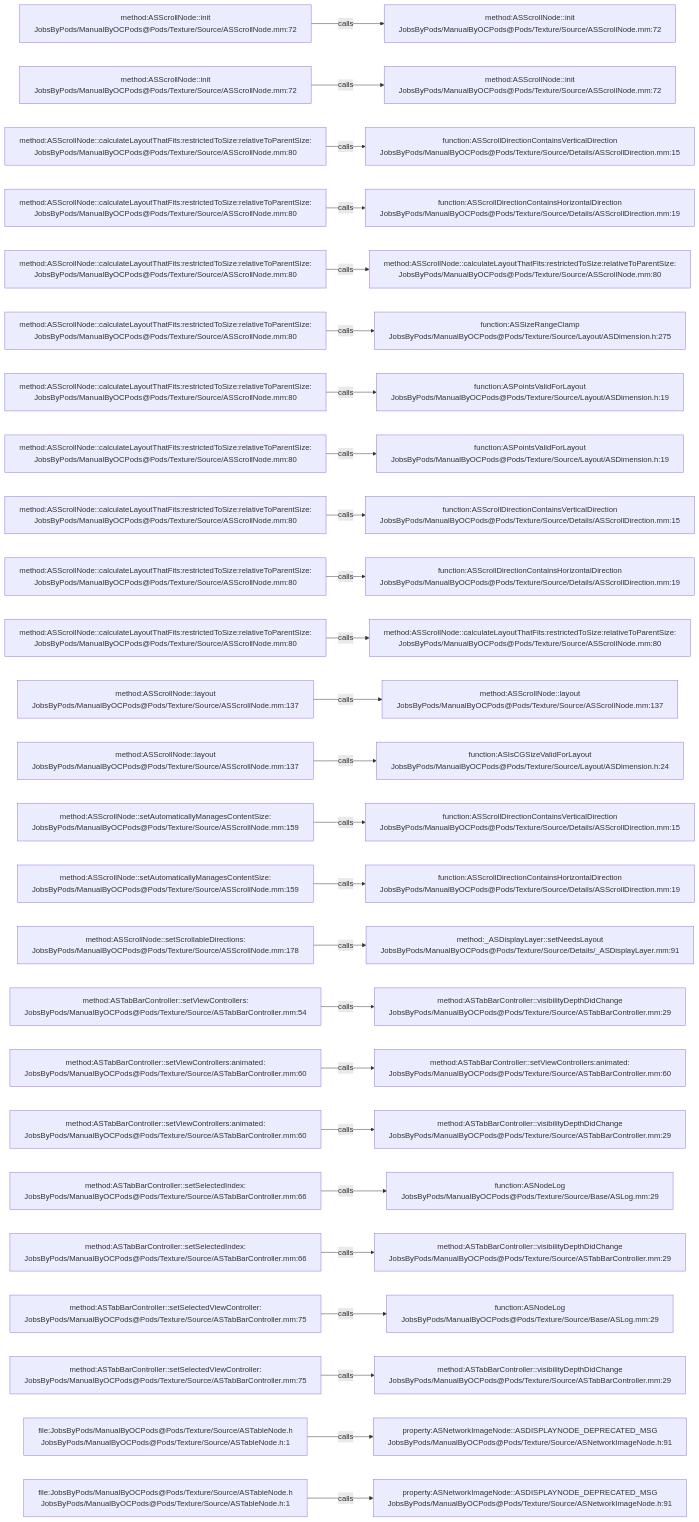
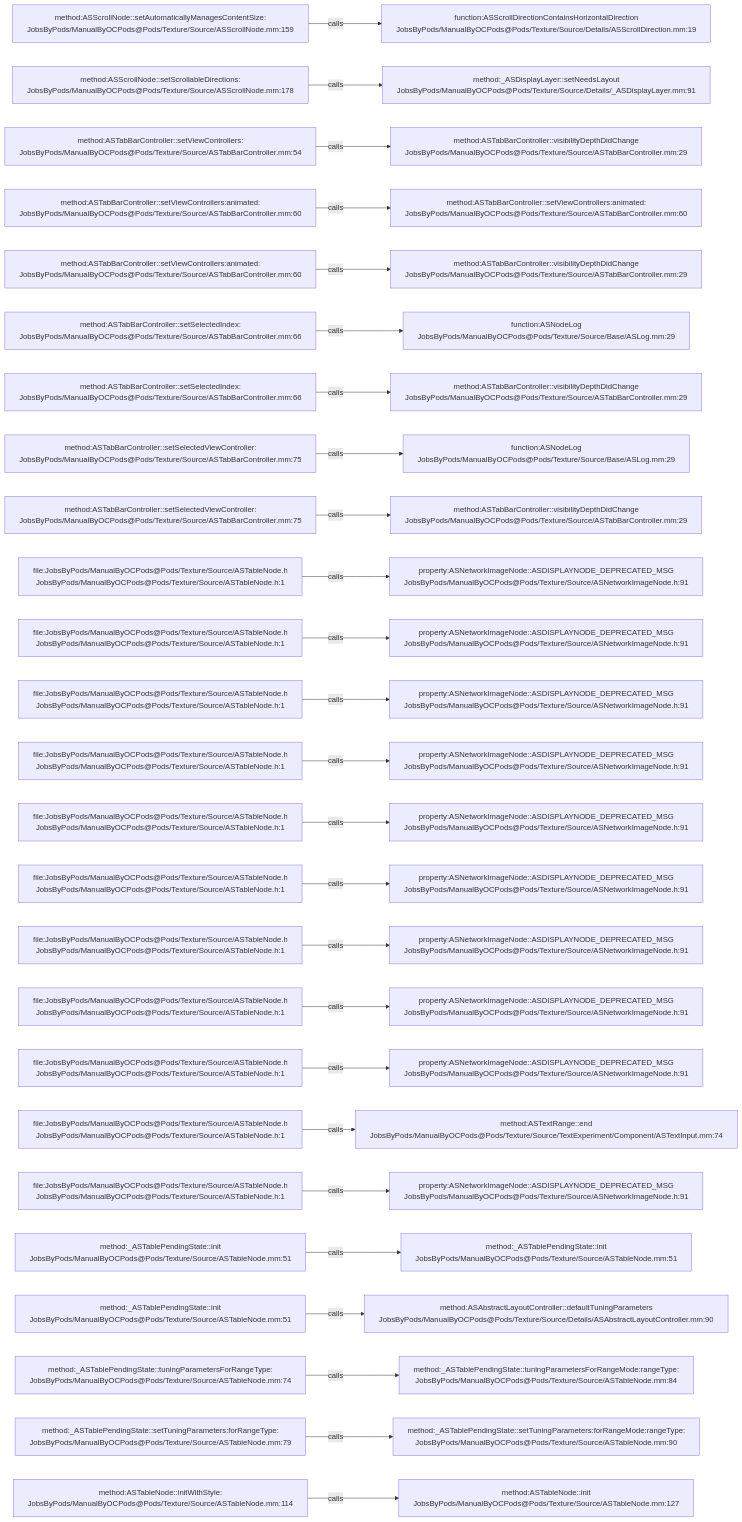
The diagram in .codegraph/codegraph.md/graphs/calls-123.md (JobsKits/JobsOCBaseConfigDemo), drawn with Mermaid before and after one commit. The commit also changed 296 other files, not shown here.

````diff
--- a/.codegraph/codegraph.md/graphs/calls-123.md
+++ b/.codegraph/codegraph.md/graphs/calls-123.md
@@ -13,78 +13,78 @@
 ```mermaid
 flowchart LR
-  S1["method:ASScrollNode::init<br/>JobsByPods/ManualByOCPods@Pods/Texture/Source/ASScrollNode.mm:72"]
-  T1["method:ASScrollNode::init<br/>JobsByPods/ManualByOCPods@Pods/Texture/Source/ASScrollNode.mm:72"]
+  S1["method:ASScrollNode::setAutomaticallyManagesContentSize:<br/>JobsByPods/ManualByOCPods@Pods/Texture/Source/ASScrollNode.mm:159"]
+  T1["function:ASScrollDirectionContainsHorizontalDirection<br/>JobsByPods/ManualByOCPods@Pods/Texture/Source/Details/ASScrollDirection.mm:19"]
   S1 -->|calls| T1
-  S2["method:ASScrollNode::init<br/>JobsByPods/ManualByOCPods@Pods/Texture/Source/ASScrollNode.mm:72"]
-  T2["method:ASScrollNode::init<br/>JobsByPods/ManualByOCPods@Pods/Texture/Source/ASScrollNode.mm:72"]
+  S2["method:ASScrollNode::setScrollableDirections:<br/>JobsByPods/ManualByOCPods@Pods/Texture/Source/ASScrollNode.mm:178"]
+  T2["method:_ASDisplayLayer::setNeedsLayout<br/>JobsByPods/ManualByOCPods@Pods/Texture/Source/Details/_ASDisplayLayer.mm:91"]
   S2 -->|calls| T2
-  S3["method:ASScrollNode::calculateLayoutThatFits:restrictedToSize:relativeToParentSize:<br/>JobsByPods/ManualByOCPods@Pods/Texture/Source/ASScrollNode.mm:80"]
-  T3["function:ASScrollDirectionContainsVerticalDirection<br/>JobsByPods/ManualByOCPods@Pods/Texture/Source/Details/ASScrollDirection.mm:15"]
+  S3["method:ASTabBarController::setViewControllers:<br/>JobsByPods/ManualByOCPods@Pods/Texture/Source/ASTabBarController.mm:54"]
+  T3["method:ASTabBarController::visibilityDepthDidChange<br/>JobsByPods/ManualByOCPods@Pods/Texture/Source/ASTabBarController.mm:29"]
   S3 -->|calls| T3
-  S4["method:ASScrollNode::calculateLayoutThatFits:restrictedToSize:relativeToParentSize:<br/>JobsByPods/ManualByOCPods@Pods/Texture/Source/ASScrollNode.mm:80"]
-  T4["function:ASScrollDirectionContainsHorizontalDirection<br/>JobsByPods/ManualByOCPods@Pods/Texture/Source/Details/ASScrollDirection.mm:19"]
+  S4["method:ASTabBarController::setViewControllers:animated:<br/>JobsByPods/ManualByOCPods@Pods/Texture/Source/ASTabBarController.mm:60"]
+  T4["method:ASTabBarController::setViewControllers:animated:<br/>JobsByPods/ManualByOCPods@Pods/Texture/Source/ASTabBarController.mm:60"]
   S4 -->|calls| T4
-  S5["method:ASScrollNode::calculateLayoutThatFits:restrictedToSize:relativeToParentSize:<br/>JobsByPods/ManualByOCPods@Pods/Texture/Source/ASScrollNode.mm:80"]
-  T5["method:ASScrollNode::calculateLayoutThatFits:restrictedToSize:relativeToParentSize:<br/>JobsByPods/ManualByOCPods@Pods/Texture/Source/ASScrollNode.mm:80"]
+  S5["method:ASTabBarController::setViewControllers:animated:<br/>JobsByPods/ManualByOCPods@Pods/Texture/Source/ASTabBarController.mm:60"]
+  T5["method:ASTabBarController::visibilityDepthDidChange<br/>JobsByPods/ManualByOCPods@Pods/Texture/Source/ASTabBarController.mm:29"]
   S5 -->|calls| T5
-  S6["method:ASScrollNode::calculateLayoutThatFits:restrictedToSize:relativeToParentSize:<br/>JobsByPods/ManualByOCPods@Pods/Texture/Source/ASScrollNode.mm:80"]
-  T6["function:ASSizeRangeClamp<br/>JobsByPods/ManualByOCPods@Pods/Texture/Source/Layout/ASDimension.h:275"]
+  S6["method:ASTabBarController::setSelectedIndex:<br/>JobsByPods/ManualByOCPods@Pods/Texture/Source/ASTabBarController.mm:66"]
+  T6["function:ASNodeLog<br/>JobsByPods/ManualByOCPods@Pods/Texture/Source/Base/ASLog.mm:29"]
   S6 -->|calls| T6
-  S7["method:ASScrollNode::calculateLayoutThatFits:restrictedToSize:relativeToParentSize:<br/>JobsByPods/ManualByOCPods@Pods/Texture/Source/ASScrollNode.mm:80"]
-  T7["function:ASPointsValidForLayout<br/>JobsByPods/ManualByOCPods@Pods/Texture/Source/Layout/ASDimension.h:19"]
+  S7["method:ASTabBarController::setSelectedIndex:<br/>JobsByPods/ManualByOCPods@Pods/Texture/Source/ASTabBarController.mm:66"]
+  T7["method:ASTabBarController::visibilityDepthDidChange<br/>JobsByPods/ManualByOCPods@Pods/Texture/Source/ASTabBarController.mm:29"]
   S7 -->|calls| T7
-  S8["method:ASScrollNode::calculateLayoutThatFits:restrictedToSize:relativeToParentSize:<br/>JobsByPods/ManualByOCPods@Pods/Texture/Source/ASScrollNode.mm:80"]
-  T8["function:ASPointsValidForLayout<br/>JobsByPods/ManualByOCPods@Pods/Texture/Source/Layout/ASDimension.h:19"]
+  S8["method:ASTabBarController::setSelectedViewController:<br/>JobsByPods/ManualByOCPods@Pods/Texture/Source/ASTabBarController.mm:75"]
+  T8["function:ASNodeLog<br/>JobsByPods/ManualByOCPods@Pods/Texture/Source/Base/ASLog.mm:29"]
   S8 -->|calls| T8
-  S9["method:ASScrollNode::calculateLayoutThatFits:restrictedToSize:relativeToParentSize:<br/>JobsByPods/ManualByOCPods@Pods/Texture/Source/ASScrollNode.mm:80"]
-  T9["function:ASScrollDirectionContainsVerticalDirection<br/>JobsByPods/ManualByOCPods@Pods/Texture/Source/Details/ASScrollDirection.mm:15"]
+  S9["method:ASTabBarController::setSelectedViewController:<br/>JobsByPods/ManualByOCPods@Pods/Texture/Source/ASTabBarController.mm:75"]
+  T9["method:ASTabBarController::visibilityDepthDidChange<br/>JobsByPods/ManualByOCPods@Pods/Texture/Source/ASTabBarController.mm:29"]
   S9 -->|calls| T9
-  S10["method:ASScrollNode::calculateLayoutThatFits:restrictedToSize:relativeToParentSize:<br/>JobsByPods/ManualByOCPods@Pods/Texture/Source/ASScrollNode.mm:80"]
-  T10["function:ASScrollDirectionContainsHorizontalDirection<br/>JobsByPods/ManualByOCPods@Pods/Texture/Source/Details/ASScrollDirection.mm:19"]
+  S10["file:JobsByPods/ManualByOCPods@Pods/Texture/Source/ASTableNode.h<br/>JobsByPods/ManualByOCPods@Pods/Texture/Source/ASTableNode.h:1"]
+  T10["property:ASNetworkImageNode::ASDISPLAYNODE_DEPRECATED_MSG<br/>JobsByPods/ManualByOCPods@Pods/Texture/Source/ASNetworkImageNode.h:91"]
   S10 -->|calls| T10
-  S11["method:ASScrollNode::calculateLayoutThatFits:restrictedToSize:relativeToParentSize:<br/>JobsByPods/ManualByOCPods@Pods/Texture/Source/ASScrollNode.mm:80"]
-  T11["method:ASScrollNode::calculateLayoutThatFits:restrictedToSize:relativeToParentSize:<br/>JobsByPods/ManualByOCPods@Pods/Texture/Source/ASScrollNode.mm:80"]
+  S11["file:JobsByPods/ManualByOCPods@Pods/Texture/Source/ASTableNode.h<br/>JobsByPods/ManualByOCPods@Pods/Texture/Source/ASTableNode.h:1"]
+  T11["property:ASNetworkImageNode::ASDISPLAYNODE_DEPRECATED_MSG<br/>JobsByPods/ManualByOCPods@Pods/Texture/Source/ASNetworkImageNode.h:91"]
   S11 -->|calls| T11
-  S12["method:ASScrollNode::layout<br/>JobsByPods/ManualByOCPods@Pods/Texture/Source/ASScrollNode.mm:137"]
-  T12["method:ASScrollNode::layout<br/>JobsByPods/ManualByOCPods@Pods/Texture/Source/ASScrollNode.mm:137"]
+  S12["file:JobsByPods/ManualByOCPods@Pods/Texture/Source/ASTableNode.h<br/>JobsByPods/ManualByOCPods@Pods/Texture/Source/ASTableNode.h:1"]
+  T12["property:ASNetworkImageNode::ASDISPLAYNODE_DEPRECATED_MSG<br/>JobsByPods/ManualByOCPods@Pods/Texture/Source/ASNetworkImageNode.h:91"]
   S12 -->|calls| T12
-  S13["method:ASScrollNode::layout<br/>JobsByPods/ManualByOCPods@Pods/Texture/Source/ASScrollNode.mm:137"]
-  T13["function:ASIsCGSizeValidForLayout<br/>JobsByPods/ManualByOCPods@Pods/Texture/Source/Layout/ASDimension.h:24"]
+  S13["file:JobsByPods/ManualByOCPods@Pods/Texture/Source/ASTableNode.h<br/>JobsByPods/ManualByOCPods@Pods/Texture/Source/ASTableNode.h:1"]
+  T13["property:ASNetworkImageNode::ASDISPLAYNODE_DEPRECATED_MSG<br/>JobsByPods/ManualByOCPods@Pods/Texture/Source/ASNetworkImageNode.h:91"]
   S13 -->|calls| T13
-  S14["method:ASScrollNode::setAutomaticallyManagesContentSize:<br/>JobsByPods/ManualByOCPods@Pods/Texture/Source/ASScrollNode.mm:159"]
-  T14["function:ASScrollDirectionContainsVerticalDirection<br/>JobsByPods/ManualByOCPods@Pods/Texture/Source/Details/ASScrollDirection.mm:15"]
+  S14["file:JobsByPods/ManualByOCPods@Pods/Texture/Source/ASTableNode.h<br/>JobsByPods/ManualByOCPods@Pods/Texture/Source/ASTableNode.h:1"]
+  T14["property:ASNetworkImageNode::ASDISPLAYNODE_DEPRECATED_MSG<br/>JobsByPods/ManualByOCPods@Pods/Texture/Source/ASNetworkImageNode.h:91"]
   S14 -->|calls| T14
-  S15["method:ASScrollNode::setAutomaticallyManagesContentSize:<br/>JobsByPods/ManualByOCPods@Pods/Texture/Source/ASScrollNode.mm:159"]
-  T15["function:ASScrollDirectionContainsHorizontalDirection<br/>JobsByPods/ManualByOCPods@Pods/Texture/Source/Details/ASScrollDirection.mm:19"]
+  S15["file:JobsByPods/ManualByOCPods@Pods/Texture/Source/ASTableNode.h<br/>JobsByPods/ManualByOCPods@Pods/Texture/Source/ASTableNode.h:1"]
+  T15["property:ASNetworkImageNode::ASDISPLAYNODE_DEPRECATED_MSG<br/>JobsByPods/ManualByOCPods@Pods/Texture/Source/ASNetworkImageNode.h:91"]
   S15 -->|calls| T15
-  S16["method:ASScrollNode::setScrollableDirections:<br/>JobsByPods/ManualByOCPods@Pods/Texture/Source/ASScrollNode.mm:178"]
-  T16["method:_ASDisplayLayer::setNeedsLayout<br/>JobsByPods/ManualByOCPods@Pods/Texture/Source/Details/_ASDisplayLayer.mm:91"]
+  S16["file:JobsByPods/ManualByOCPods@Pods/Texture/Source/ASTableNode.h<br/>JobsByPods/ManualByOCPods@Pods/Texture/Source/ASTableNode.h:1"]
+  T16["property:ASNetworkImageNode::ASDISPLAYNODE_DEPRECATED_MSG<br/>JobsByPods/ManualByOCPods@Pods/Texture/Source/ASNetworkImageNode.h:91"]
   S16 -->|calls| T16
-  S17["method:ASTabBarController::setViewControllers:<br/>JobsByPods/ManualByOCPods@Pods/Texture/Source/ASTabBarController.mm:54"]
-  T17["method:ASTabBarController::visibilityDepthDidChange<br/>JobsByPods/ManualByOCPods@Pods/Texture/Source/ASTabBarController.mm:29"]
+  S17["file:JobsByPods/ManualByOCPods@Pods/Texture/Source/ASTableNode.h<br/>JobsByPods/ManualByOCPods@Pods/Texture/Source/ASTableNode.h:1"]
+  T17["property:ASNetworkImageNode::ASDISPLAYNODE_DEPRECATED_MSG<br/>JobsByPods/ManualByOCPods@Pods/Texture/Source/ASNetworkImageNode.h:91"]
   S17 -->|calls| T17
-  S18["method:ASTabBarController::setViewControllers:animated:<br/>JobsByPods/ManualByOCPods@Pods/Texture/Source/ASTabBarController.mm:60"]
-  T18["method:ASTabBarController::setViewControllers:animated:<br/>JobsByPods/ManualByOCPods@Pods/Texture/Source/ASTabBarController.mm:60"]
+  S18["file:JobsByPods/ManualByOCPods@Pods/Texture/Source/ASTableNode.h<br/>JobsByPods/ManualByOCPods@Pods/Texture/Source/ASTableNode.h:1"]
+  T18["property:ASNetworkImageNode::ASDISPLAYNODE_DEPRECATED_MSG<br/>JobsByPods/ManualByOCPods@Pods/Texture/Source/ASNetworkImageNode.h:91"]
   S18 -->|calls| T18
-  S19["method:ASTabBarController::setViewControllers:animated:<br/>JobsByPods/ManualByOCPods@Pods/Texture/Source/ASTabBarController.mm:60"]
-  T19["method:ASTabBarController::visibilityDepthDidChange<br/>JobsByPods/ManualByOCPods@Pods/Texture/Source/ASTabBarController.mm:29"]
+  S19["file:JobsByPods/ManualByOCPods@Pods/Texture/Source/ASTableNode.h<br/>JobsByPods/ManualByOCPods@Pods/Texture/Source/ASTableNode.h:1"]
+  T19["method:ASTextRange::end<br/>JobsByPods/ManualByOCPods@Pods/Texture/Source/TextExperiment/Component/ASTextInput.mm:74"]
   S19 -->|calls| T19
-  S20["method:ASTabBarController::setSelectedIndex:<br/>JobsByPods/ManualByOCPods@Pods/Texture/Source/ASTabBarController.mm:66"]
-  T20["function:ASNodeLog<br/>JobsByPods/ManualByOCPods@Pods/Texture/Source/Base/ASLog.mm:29"]
+  S20["file:JobsByPods/ManualByOCPods@Pods/Texture/Source/ASTableNode.h<br/>JobsByPods/ManualByOCPods@Pods/Texture/Source/ASTableNode.h:1"]
+  T20["property:ASNetworkImageNode::ASDISPLAYNODE_DEPRECATED_MSG<br/>JobsByPods/ManualByOCPods@Pods/Texture/Source/ASNetworkImageNode.h:91"]
   S20 -->|calls| T20
-  S21["method:ASTabBarController::setSelectedIndex:<br/>JobsByPods/ManualByOCPods@Pods/Texture/Source/ASTabBarController.mm:66"]
-  T21["method:ASTabBarController::visibilityDepthDidChange<br/>JobsByPods/ManualByOCPods@Pods/Texture/Source/ASTabBarController.mm:29"]
+  S21["method:_ASTablePendingState::init<br/>JobsByPods/ManualByOCPods@Pods/Texture/Source/ASTableNode.mm:51"]
+  T21["method:_ASTablePendingState::init<br/>JobsByPods/ManualByOCPods@Pods/Texture/Source/ASTableNode.mm:51"]
   S21 -->|calls| T21
-  S22["method:ASTabBarController::setSelectedViewController:<br/>JobsByPods/ManualByOCPods@Pods/Texture/Source/ASTabBarController.mm:75"]
-  T22["function:ASNodeLog<br/>JobsByPods/ManualByOCPods@Pods/Texture/Source/Base/ASLog.mm:29"]
+  S22["method:_ASTablePendingState::init<br/>JobsByPods/ManualByOCPods@Pods/Texture/Source/ASTableNode.mm:51"]
+  T22["method:ASAbstractLayoutController::defaultTuningParameters<br/>JobsByPods/ManualByOCPods@Pods/Texture/Source/Details/ASAbstractLayoutController.mm:90"]
   S22 -->|calls| T22
-  S23["method:ASTabBarController::setSelectedViewController:<br/>JobsByPods/ManualByOCPods@Pods/Texture/Source/ASTabBarController.mm:75"]
-  T23["method:ASTabBarController::visibilityDepthDidChange<br/>JobsByPods/ManualByOCPods@Pods/Texture/Source/ASTabBarController.mm:29"]
+  S23["method:_ASTablePendingState::tuningParametersForRangeType:<br/>JobsByPods/ManualByOCPods@Pods/Texture/Source/ASTableNode.mm:74"]
+  T23["method:_ASTablePendingState::tuningParametersForRangeMode:rangeType:<br/>JobsByPods/ManualByOCPods@Pods/Texture/Source/ASTableNode.mm:84"]
   S23 -->|calls| T23
-  S24["file:JobsByPods/ManualByOCPods@Pods/Texture/Source/ASTableNode.h<br/>JobsByPods/ManualByOCPods@Pods/Texture/Source/ASTableNode.h:1"]
-  T24["property:ASNetworkImageNode::ASDISPLAYNODE_DEPRECATED_MSG<br/>JobsByPods/ManualByOCPods@Pods/Texture/Source/ASNetworkImageNode.h:91"]
+  S24["method:_ASTablePendingState::setTuningParameters:forRangeType:<br/>JobsByPods/ManualByOCPods@Pods/Texture/Source/ASTableNode.mm:79"]
+  T24["method:_ASTablePendingState::setTuningParameters:forRangeMode:rangeType:<br/>JobsByPods/ManualByOCPods@Pods/Texture/Source/ASTableNode.mm:90"]
   S24 -->|calls| T24
-  S25["file:JobsByPods/ManualByOCPods@Pods/Texture/Source/ASTableNode.h<br/>JobsByPods/ManualByOCPods@Pods/Texture/Source/ASTableNode.h:1"]
-  T25["property:ASNetworkImageNode::ASDISPLAYNODE_DEPRECATED_MSG<br/>JobsByPods/ManualByOCPods@Pods/Texture/Source/ASNetworkImageNode.h:91"]
+  S25["method:ASTableNode::initWithStyle:<br/>JobsByPods/ManualByOCPods@Pods/Texture/Source/ASTableNode.mm:114"]
+  T25["method:ASTableNode::init<br/>JobsByPods/ManualByOCPods@Pods/Texture/Source/ASTableNode.mm:127"]
   S25 -->|calls| T25
 ```
````
